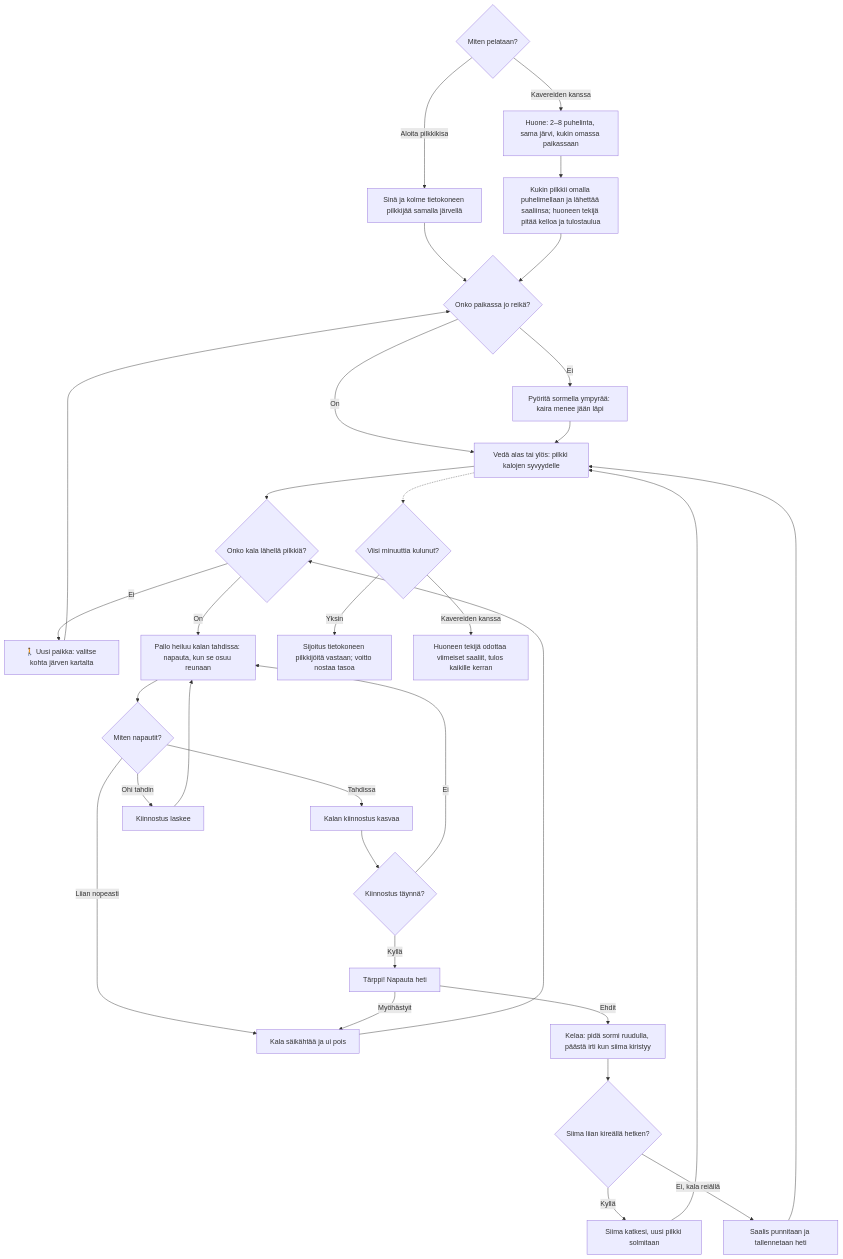
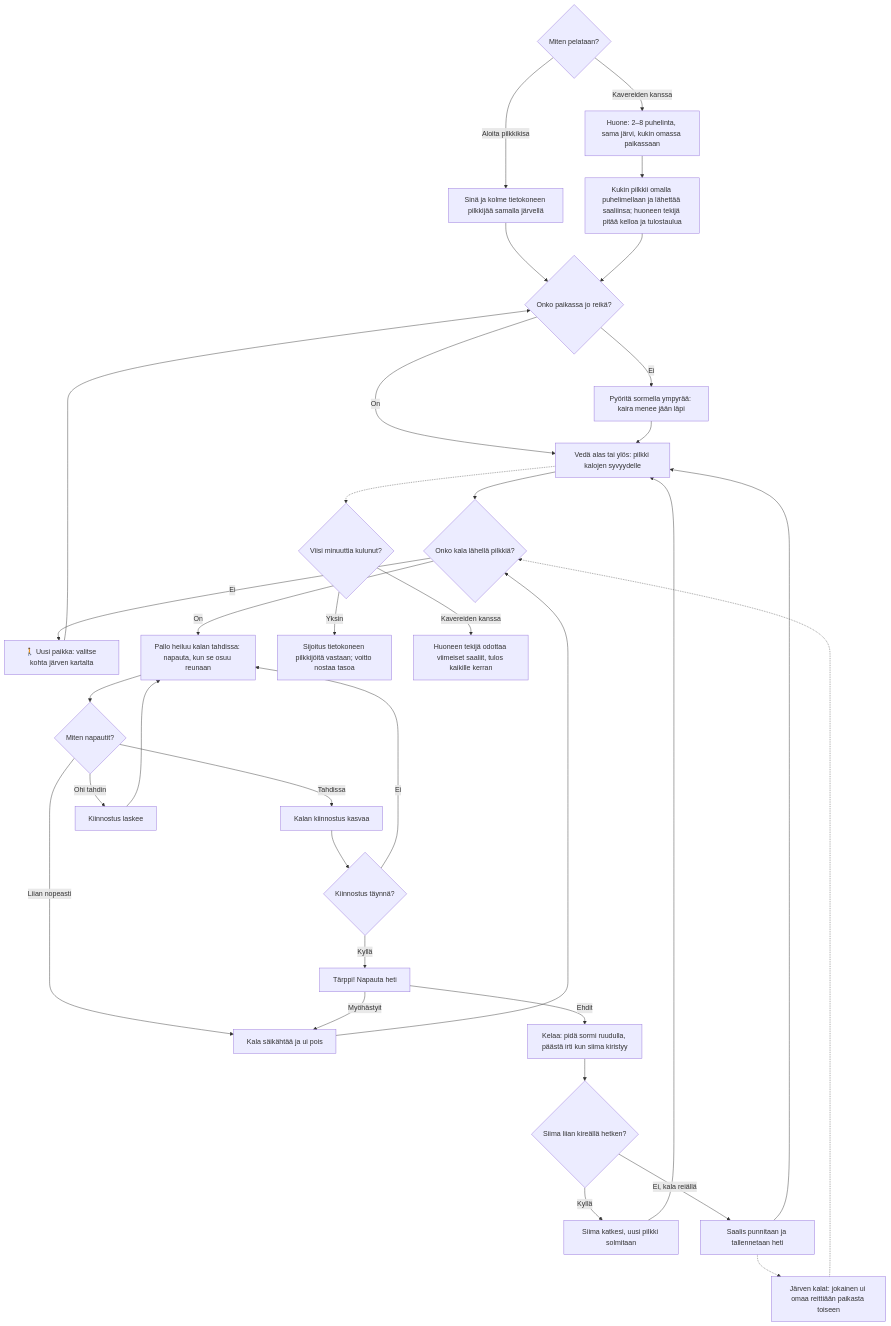
Before and after one commit to eerovil/ai-pelit: the diagram in docs/diagrams/pilkkiminen.md, drawn with Mermaid. The commit also changed other lines of this file and 2 other files, not shown here.

````diff
--- a/docs/diagrams/pilkkiminen.md
+++ b/docs/diagrams/pilkkiminen.md
@@ -9,42 +9,44 @@
 ```mermaid
 flowchart TD
   S{Miten pelataan?}
   S -- Aloita pilkkikisa --> S1[Sinä ja kolme tietokoneen pilkkijää samalla järvellä]
   S -- Kavereiden kanssa --> S2[Huone: 2–8 puhelinta, sama järvi, kukin omassa paikassaan]
   S2 --> S3[Kukin pilkkii omalla puhelimellaan ja lähettää saaliinsa; huoneen tekijä pitää kelloa ja tulostaulua]
   S1 --> A
   S3 --> A
   A{Onko paikassa jo reikä?} -- Ei --> B[Pyöritä sormella ympyrää: kaira menee jään läpi]
   A -- On --> C
   B --> C[Vedä alas tai ylös: pilkki kalojen syvyydelle]
+  Z[Järven kalat: jokainen ui omaa reittiään paikasta toiseen] -.-> D
   C --> D{Onko kala lähellä pilkkiä?}
   D -- Ei --> M[🚶 Uusi paikka: valitse kohta järven kartalta]
   M --> A
   D -- On --> E[Pallo heiluu kalan tahdissa: napauta, kun se osuu reunaan]
   E --> F{Miten napautit?}
   F -- Tahdissa --> G[Kalan kiinnostus kasvaa]
   F -- Ohi tahdin --> H[Kiinnostus laskee]
   F -- Liian nopeasti --> I[Kala säikähtää ja ui pois]
   G --> J{Kiinnostus täynnä?}
   H --> E
   I --> D
   J -- Ei --> E
   J -- Kyllä --> K[Tärppi! Napauta heti]
   K -- Ehdit --> L[Kelaa: pidä sormi ruudulla, päästä irti kun siima kiristyy]
   K -- Myöhästyit --> I
   L --> N{Siima liian kireällä hetken?}
   N -- Kyllä --> O[Siima katkesi, uusi pilkki solmitaan]
   O --> C
   N -- Ei, kala reiällä --> P[Saalis punnitaan ja tallennetaan heti]
   P --> C
+  P -.-> Z
   C -.-> T{Viisi minuuttia kulunut?}
   T -- Yksin --> U[Sijoitus tietokoneen pilkkijöitä vastaan; voitto nostaa tasoa]
   T -- Kavereiden kanssa --> V[Huoneen tekijä odottaa viimeiset saaliit, tulos kaikille kerran]
   class S2,S3,V violet
   class S,A,D,F,J,N,T amber
   class B,C,E,K,L,M blue
-  class G,P teal
+  class G,P,Z teal
   class U green
   class H,I,O rose
   class S1 blue
 ```
````
